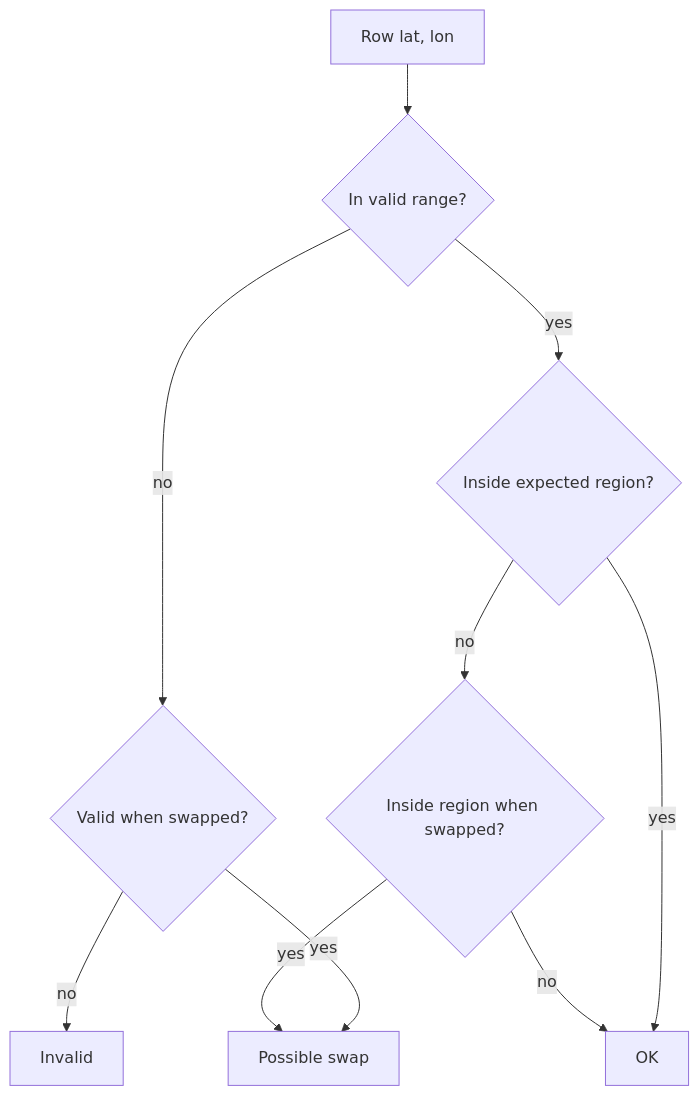
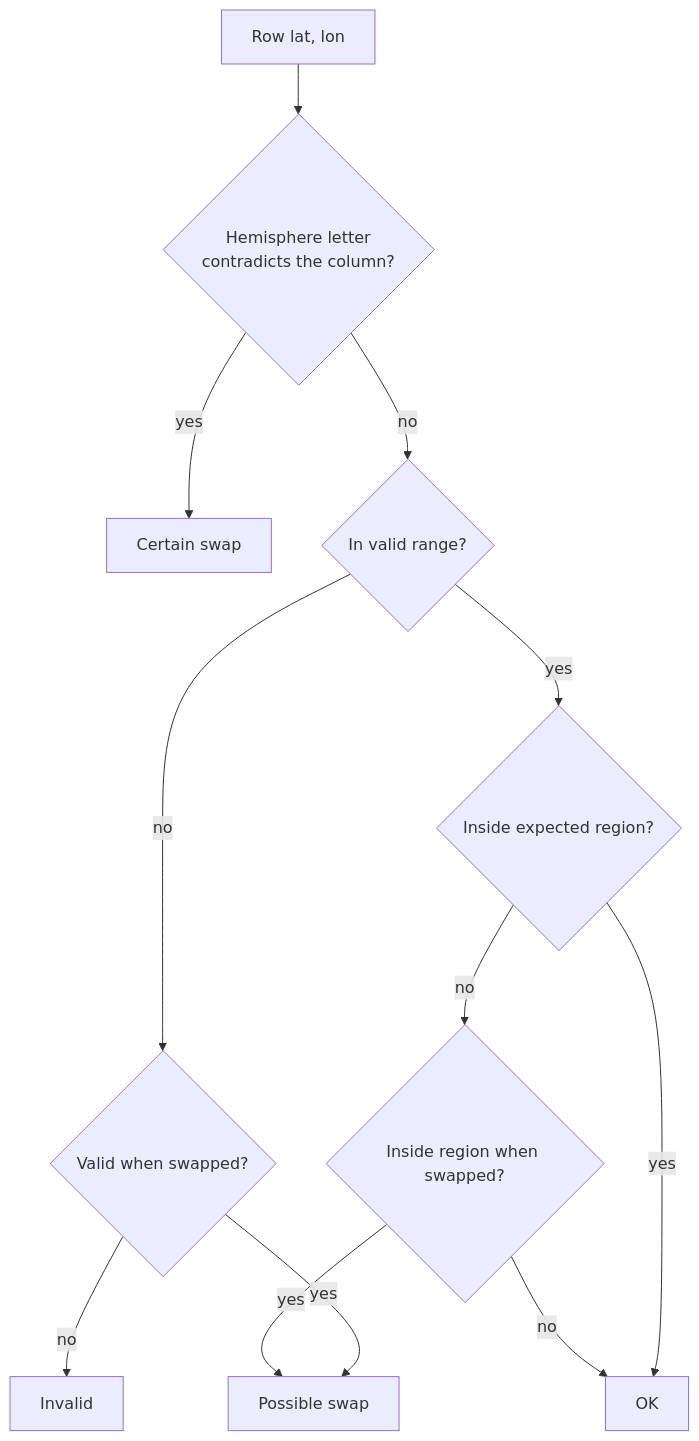
Before and after one commit to PedroMMGoncalves/geocoord: the diagram in README.md, drawn with Mermaid. The commit also changed other lines of this file, not shown here.

````diff
--- a/README.md
+++ b/README.md
@@ -150,12 +135,14 @@
 ```mermaid
 flowchart TD
-    P[Row lat, lon] --> Q{In valid range?}
+    P[Row lat, lon] --> H{Hemisphere letter<br/>contradicts the column?}
+    H -- yes --> S[Certain swap]
+    H -- no --> Q{In valid range?}
     Q -- no --> R{Valid when swapped?}
-    R -- yes --> S[Possible swap]
+    R -- yes --> S2[Possible swap]
     R -- no --> T[Invalid]
     Q -- yes --> U{Inside expected region?}
     U -- yes --> V[OK]
     U -- no --> W{Inside region when swapped?}
-    W -- yes --> S
+    W -- yes --> S2
     W -- no --> V
 ```
````
